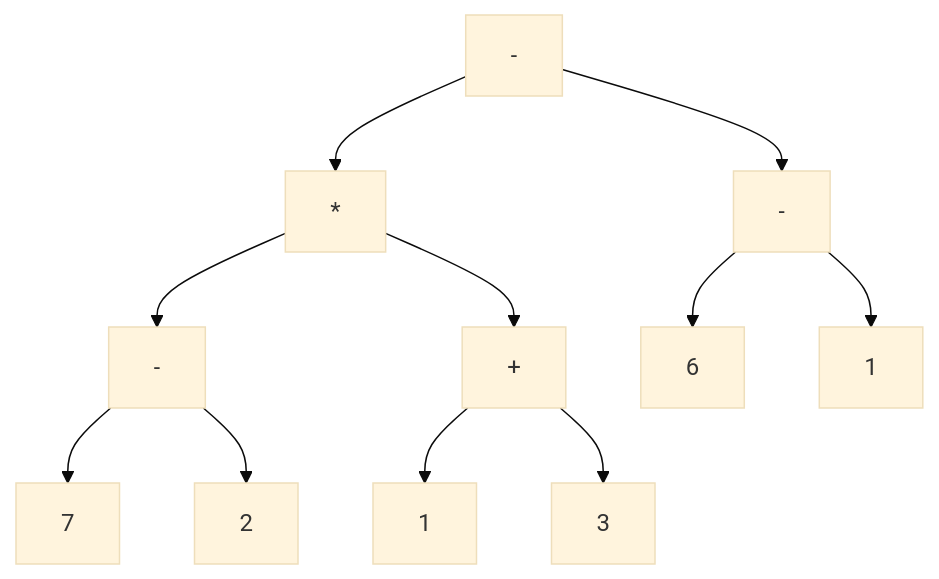
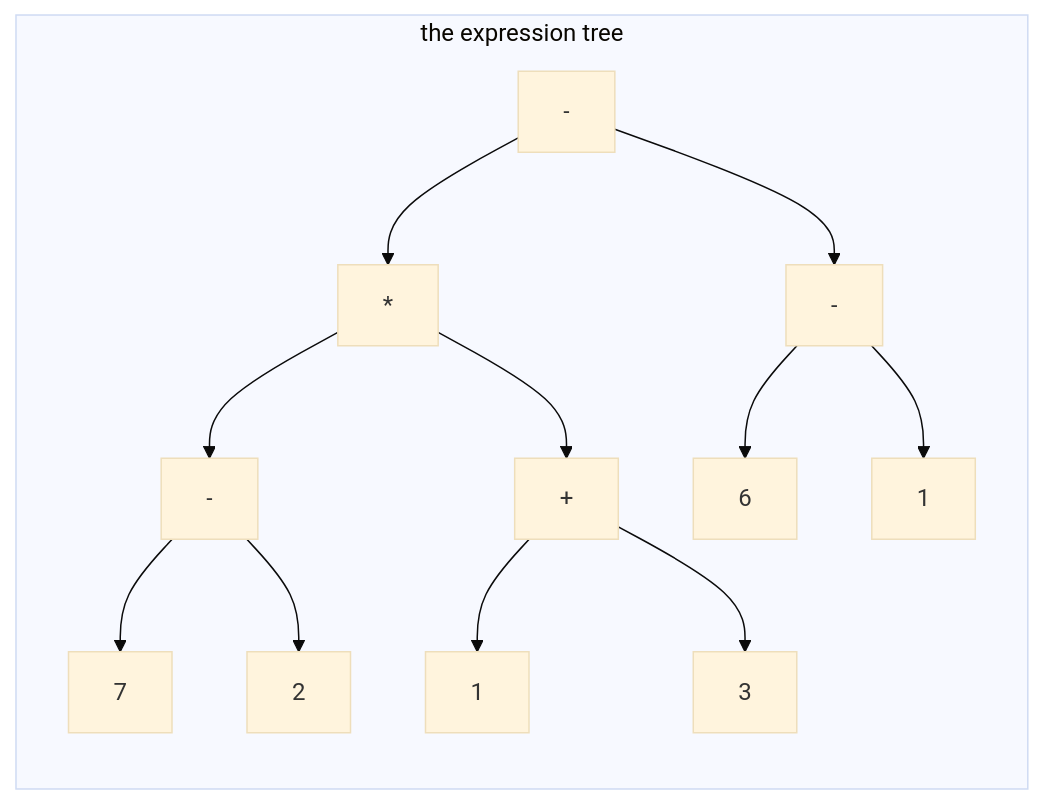
The diagram in guides/recursion-on-trees/guide.md (bkuberek/coding-study), drawn with Mermaid (base theme) before and after one commit. The commit also changed other lines of this file and 27 other files, not shown here.

````diff
--- a/guides/recursion-on-trees/guide.md
+++ b/guides/recursion-on-trees/guide.md
@@ -28,15 +28,18 @@
 ```mermaid
-flowchart TD
+flowchart LR
   accTitle: The expression (7 - 2) * (1 + 3) - (6 - 1) as a tree
   accDescr: The root is a minus. Its left child is a times, whose children are a minus over 7 and 2 and a plus over 1 and 3. The root's right child is a minus over 6 and 1. Operators are internal nodes and numbers are leaves.
-  r["-"] --> m["*"]
-  r --> s2["-"]
-  m --> s1["-"]
-  m --> p["+"]
-  s1 --> a["7"]
-  s1 --> b["2"]
-  p --> c["1"]
-  p --> d["3"]
-  s2 --> e["6"]
-  s2 --> f["1"]
+  subgraph tree["the expression tree"]
+    direction TB
+    r["-"] --> m["*"]
+    r --> s2["-"]
+    m --> s1["-"]
+    m --> p["+"]
+    s1 --> a["7"]
+    s1 --> b["2"]
+    p --> c["1"]
+    p --> d["3"]
+    s2 --> e["6"]
+    s2 --> f["1"]
+  end
 ```
````
